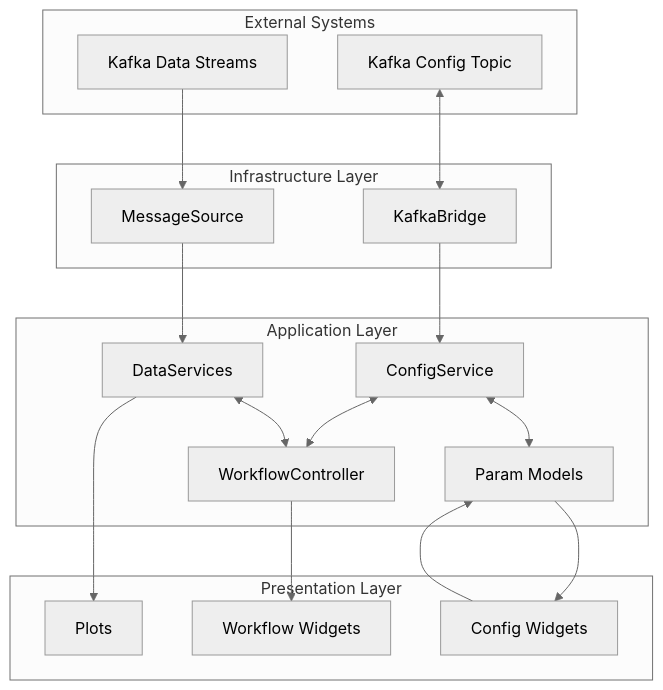
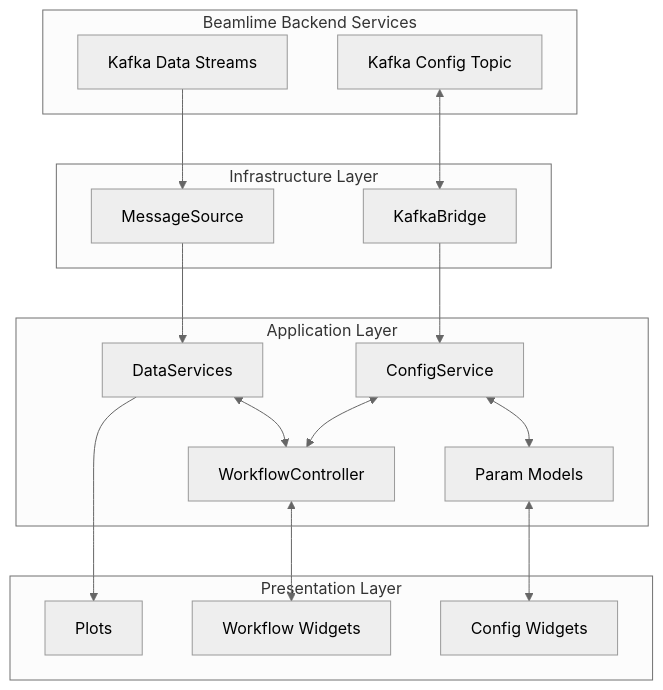
The second of 8 diagrams in docs/developer/design/dashboard-architecture.md (scipp/beamlime), drawn with Mermaid (neutral theme) before and after one commit. The commit also changed other lines of this file, not shown here.

````diff
--- a/docs/developer/design/dashboard-architecture.md
+++ b/docs/developer/design/dashboard-architecture.md
@@ -71,37 +71,36 @@
 ```mermaid
 graph TD
-    subgraph "External Systems"
+    subgraph "Beamlime Backend Services"
         K1[Kafka Data Streams]
         K2[Kafka Config Topic]
     end
 
     subgraph "Infrastructure Layer"
         KB[KafkaBridge]
         MS[MessageSource]
     end
 
     subgraph "Application Layer"
         CS[ConfigService]
         DS[DataServices]
         PM[Param Models]
         WC[WorkflowController]
     end
 
     subgraph "Presentation Layer"
         W1[Plots]
         UI[Workflow Widgets]
         W2[Config Widgets]
     end
 
     CS <--> WC
     DS <--> WC
-    WC --> UI
+    WC <--> UI
     K1 --> MS
     K2 <--> KB
     MS --> DS
     DS --> W1
     KB --> CS
     CS <--> PM
-    PM --> W2
-    W2 --> PM
+    PM <--> W2
 ```
````
